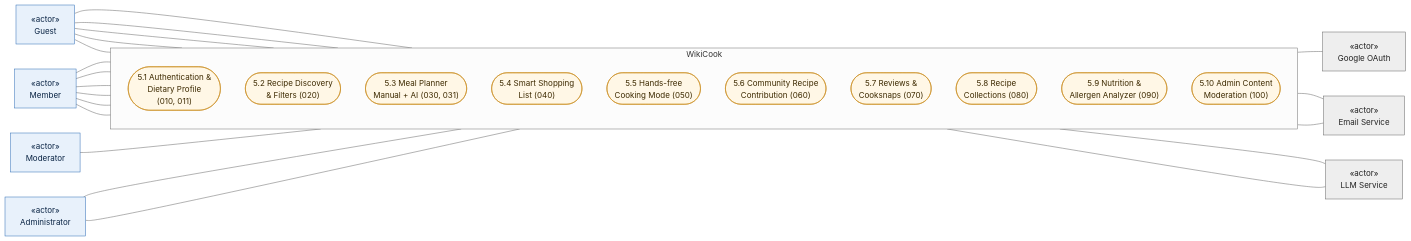
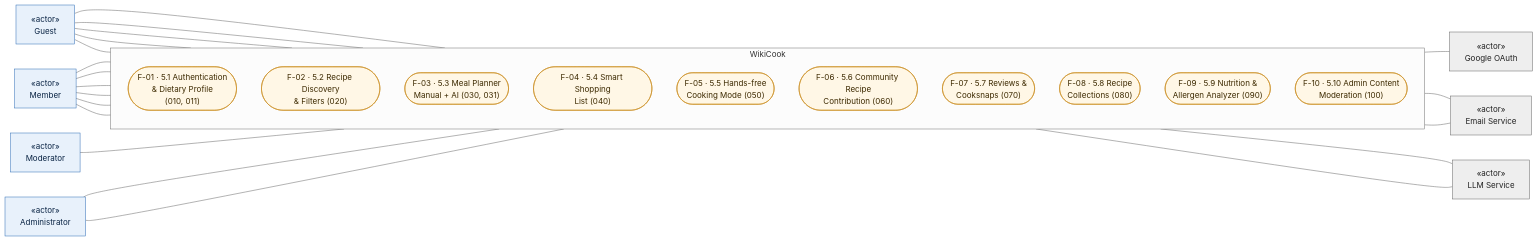
One commit to ThanhDu14/WikiCook changed the second of 13 diagrams in docs/requirements/use-case-model.md. Above: the diagram before and after it, drawn with Mermaid (neutral theme). The commit also changed other lines of this file, not shown here.

````diff
--- a/docs/requirements/use-case-model.md
+++ b/docs/requirements/use-case-model.md
@@ -118,53 +130,53 @@
 ```mermaid
 flowchart LR
     GUEST["«actor»<br/>Guest"]
     MEMBER["«actor»<br/>Member"]
     MOD["«actor»<br/>Moderator"]
     ADMIN["«actor»<br/>Administrator"]
 
     subgraph WIKICOOK["WikiCook"]
         direction TB
-        F51(["5.1 Authentication &<br/>Dietary Profile<br/>(010, 011)"])
-        F52(["5.2 Recipe Discovery<br/>& Filters (020)"])
-        F53(["5.3 Meal Planner<br/>Manual + AI (030, 031)"])
-        F54(["5.4 Smart Shopping<br/>List (040)"])
-        F55(["5.5 Hands-free<br/>Cooking Mode (050)"])
-        F56(["5.6 Community Recipe<br/>Contribution (060)"])
-        F57(["5.7 Reviews &<br/>Cooksnaps (070)"])
-        F58(["5.8 Recipe<br/>Collections (080)"])
-        F59(["5.9 Nutrition &<br/>Allergen Analyzer (090)"])
-        F510(["5.10 Admin Content<br/>Moderation (100)"])
+        F51(["F-01 · 5.1 Authentication<br/>& Dietary Profile<br/>(010, 011)"])
+        F52(["F-02 · 5.2 Recipe Discovery<br/>& Filters (020)"])
+        F53(["F-03 · 5.3 Meal Planner<br/>Manual + AI (030, 031)"])
+        F54(["F-04 · 5.4 Smart Shopping<br/>List (040)"])
+        F55(["F-05 · 5.5 Hands-free<br/>Cooking Mode (050)"])
+        F56(["F-06 · 5.6 Community Recipe<br/>Contribution (060)"])
+        F57(["F-07 · 5.7 Reviews &<br/>Cooksnaps (070)"])
+        F58(["F-08 · 5.8 Recipe<br/>Collections (080)"])
+        F59(["F-09 · 5.9 Nutrition &<br/>Allergen Analyzer (090)"])
+        F510(["F-10 · 5.10 Admin Content<br/>Moderation (100)"])
     end
 
     LLM["«actor»<br/>LLM Service"]
     GOOGLE["«actor»<br/>Google OAuth"]
     EMAIL["«actor»<br/>Email Service"]
 
     GUEST --- F51
     GUEST --- F52
     GUEST --- F55
     GUEST --- F57
     GUEST --- F59
     MEMBER --- F51
     MEMBER --- F53
     MEMBER --- F54
     MEMBER --- F56
     MEMBER --- F57
     MEMBER --- F58
     MOD --- F510
     ADMIN --- F510
     ADMIN --- F59
 
     F51 --- GOOGLE
     F51 --- EMAIL
     F510 --- EMAIL
     F53 --- LLM
     F59 --- LLM
 
     classDef actor fill:#e8f1fb,stroke:#2f6db5,color:#0b2545
     classDef system fill:#eeeeee,stroke:#666666,color:#222222
     classDef pkg fill:#fff7e6,stroke:#c98a1b,color:#3d2a00
     class GUEST,MEMBER,MOD,ADMIN actor
     class LLM,GOOGLE,EMAIL system
     class F51,F52,F53,F54,F55,F56,F57,F58,F59,F510 pkg
 ```
````
